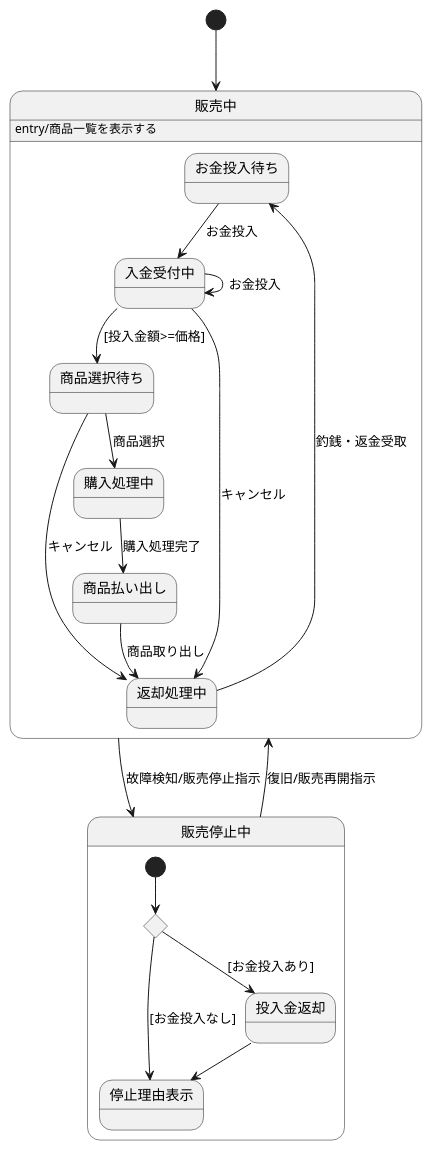
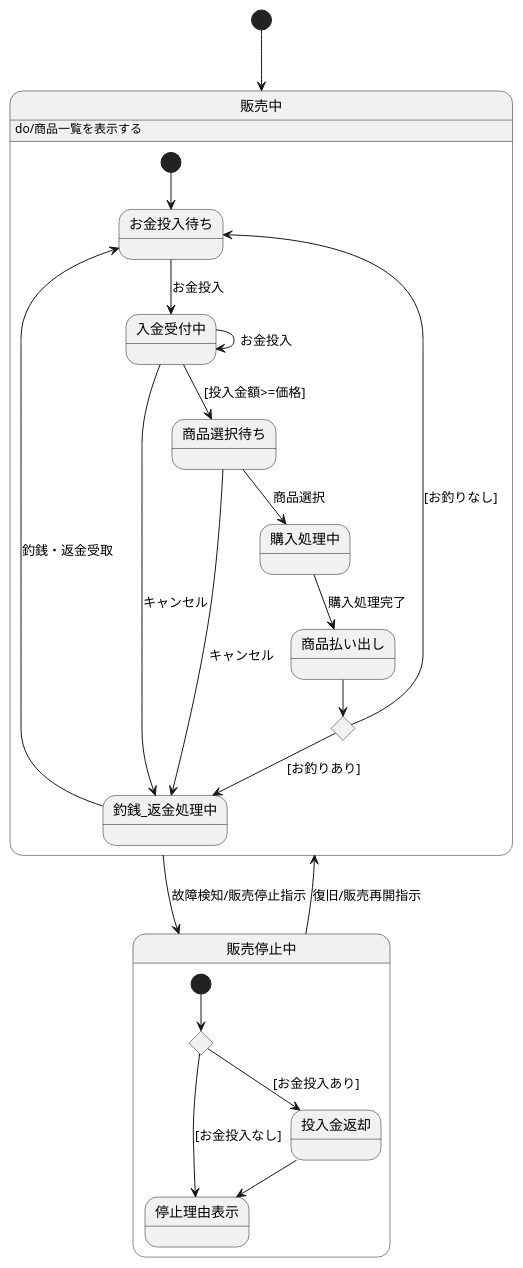
One commit to masaki-kato-119/VendingMachine changed the diagram in ステートマシン図/自動販売機のステートマシン図.wsd. Above: the diagram before and after it, drawn with PlantUML.

Commit message:
fixed state machine diagram

```diff
--- a/ステートマシン図/自動販売機のステートマシン図.wsd
+++ b/ステートマシン図/自動販売機のステートマシン図.wsd
@@ -1,31 +1,37 @@
 @startuml
 [*] --> 販売中
 
 state 販売中 {
-    販売中 : entry/商品一覧を表示する
+    販売中 : do/商品一覧を表示する
 
+    [*] --> お金投入待ち
     お金投入待ち --> 入金受付中 : お金投入
     入金受付中 --> 入金受付中 : お金投入
     入金受付中 --> 商品選択待ち : [投入金額>=価格]
-    入金受付中 --> 返却処理中 : キャンセル
+    入金受付中 --> 釣銭_返金処理中 : キャンセル
 
 
     商品選択待ち --> 購入処理中 : 商品選択
-    商品選択待ち --> 返却処理中 : キャンセル
+    商品選択待ち --> 釣銭_返金処理中 : キャンセル
     購入処理中 --> 商品払い出し : 購入処理完了
-    商品払い出し --> 返却処理中 : 商品取り出し
-    返却処理中 --> お金投入待ち : 釣銭・返金受取
+
+    state c2 <<choice>>
+    商品払い出し --> c2
+    c2 --> 釣銭_返金処理中 : [お釣りあり]
+    c2 --> お金投入待ち : [お釣りなし]
+
+    釣銭_返金処理中 --> お金投入待ち : 釣銭・返金受取
 }
 
 販売中 --> 販売停止中 : 故障検知/販売停止指示
 販売停止中 --> 販売中 : 復旧/販売再開指示
 
 state 販売停止中 {
     state c <<choice>>
     [*] --> c
     c --> 停止理由表示: [お金投入なし]
     c --> 投入金返却 : [お金投入あり]
     投入金返却 --> 停止理由表示
 }
 
 @enduml
```
